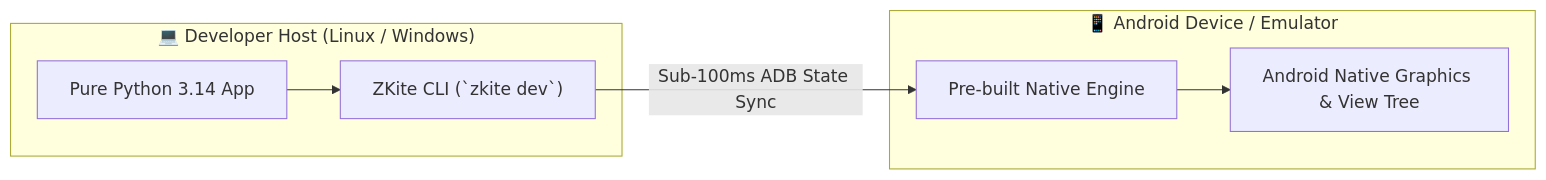
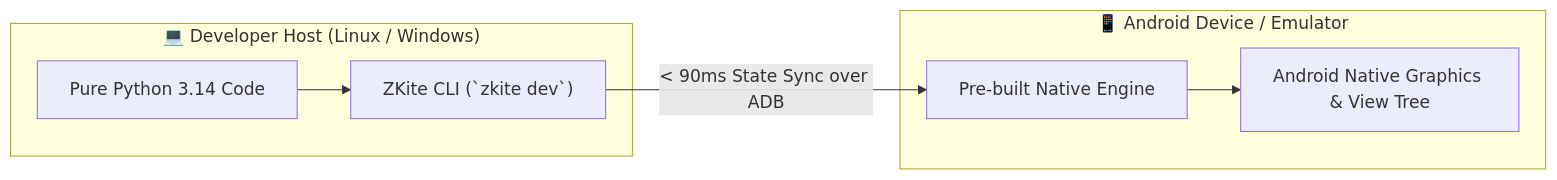
The diagram in ZKITE_MAIN_REPO_README.md (AbhinavKrShukla/zkite-official-documentation), drawn with Mermaid before and after one commit. The commit also changed other lines of this file and 4 other files, not shown here.

````diff
--- a/ZKITE_MAIN_REPO_README.md
+++ b/ZKITE_MAIN_REPO_README.md
@@ -41,16 +76,16 @@
 ```mermaid
 flowchart LR
     subgraph Host["💻 Developer Host (Linux / Windows)"]
-        py["Pure Python 3.14 App"]
+        py["Pure Python 3.14 Code"]
         cli["ZKite CLI (`zkite dev`)"]
         py --> cli
     end
 
     subgraph Device["📱 Android Device / Emulator"]
         runtime["Pre-built Native Engine"]
         views["Android Native Graphics & View Tree"]
         runtime --> views
     end
 
-    cli -- "Sub-100ms ADB State Sync" --> runtime
+    cli -- "< 90ms State Sync over ADB" --> runtime
 ```
````
